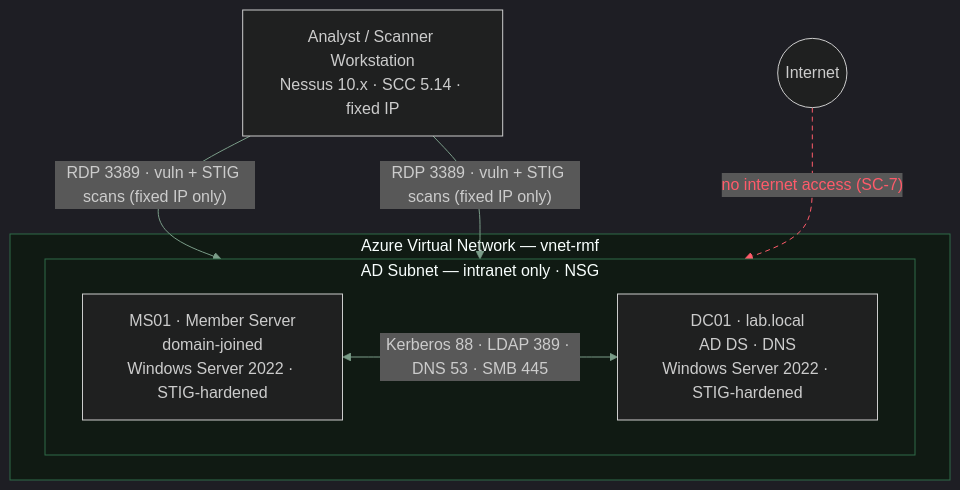
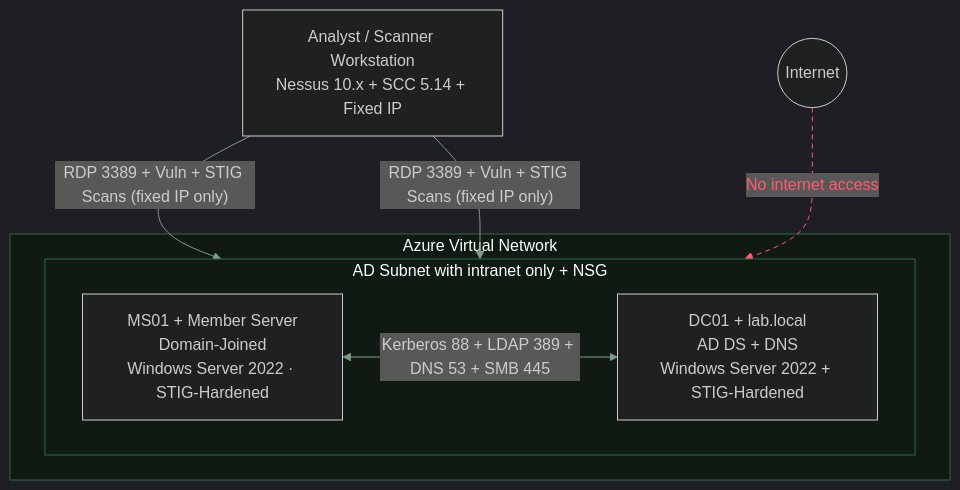
Before and after one commit to Benjamin-Spoolstra/Projects: the first of 2 diagrams in Risk Management Lab.md, drawn with Mermaid.

Commit message:
Update Risk Management Lab.md

````diff
--- a/Risk Management Lab.md
+++ b/Risk Management Lab.md
@@ -66,21 +66,21 @@
 ```mermaid
 %%{init: {'theme':'dark','themeVariables':{'primaryColor':'#121c15','primaryTextColor':'#d4f5e2','primaryBorderColor':'#3ef08b','lineColor':'#7a9c88','fontFamily':'monospace','clusterBkg':'#101a13','clusterBorder':'#2f6b48'}}}%%
 flowchart TB
-    Analyst["Analyst / Scanner Workstation<br/>Nessus 10.x · SCC 5.14 · fixed IP"]
+    Analyst["Analyst / Scanner Workstation<br/>Nessus 10.x + SCC 5.14 + Fixed IP"]
     Internet(("Internet"))
 
-    subgraph VNet["Azure Virtual Network — vnet-rmf"]
-        subgraph SN["AD Subnet — intranet only · NSG"]
+    subgraph VNet["Azure Virtual Network"]
+        subgraph SN["AD Subnet with intranet only + NSG"]
             direction LR
-            DC["DC01 · lab.local<br/>AD DS · DNS<br/>Windows Server 2022 · STIG-hardened"]
-            MS["MS01 · Member Server<br/>domain-joined<br/>Windows Server 2022 · STIG-hardened"]
+            DC["DC01 + lab.local<br/>AD DS + DNS<br/>Windows Server 2022 + STIG-Hardened"]
+            MS["MS01 + Member Server<br/>Domain-Joined<br/>Windows Server 2022 · STIG-Hardened"]
         end
     end
 
-    Analyst -->|"RDP 3389 · vuln + STIG scans (fixed IP only)"| DC
-    Analyst -->|"RDP 3389 · vuln + STIG scans (fixed IP only)"| MS
-    MS <-->|"Kerberos 88 · LDAP 389 · DNS 53 · SMB 445"| DC
-    Internet -. "no internet access (SC-7)" .-> DC
+    Analyst -->|"RDP 3389 + Vuln + STIG Scans (fixed IP only)"| DC
+    Analyst -->|"RDP 3389 + Vuln + STIG Scans (fixed IP only)"| MS
+    MS <-->|"Kerberos 88 + LDAP 389 + DNS 53 + SMB 445"| DC
+    Internet -. "No internet access" .-> DC
 
     linkStyle 3 stroke:#ff5b6a,color:#ff5b6a,stroke-dasharray:5 4
 ```
````
